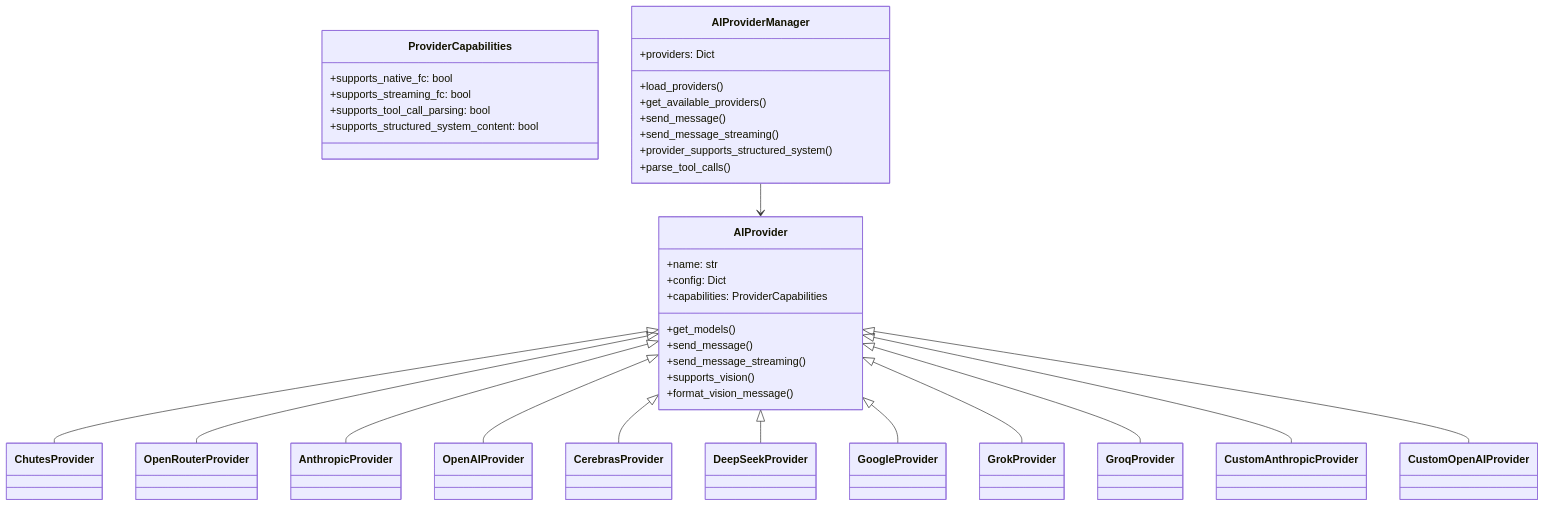
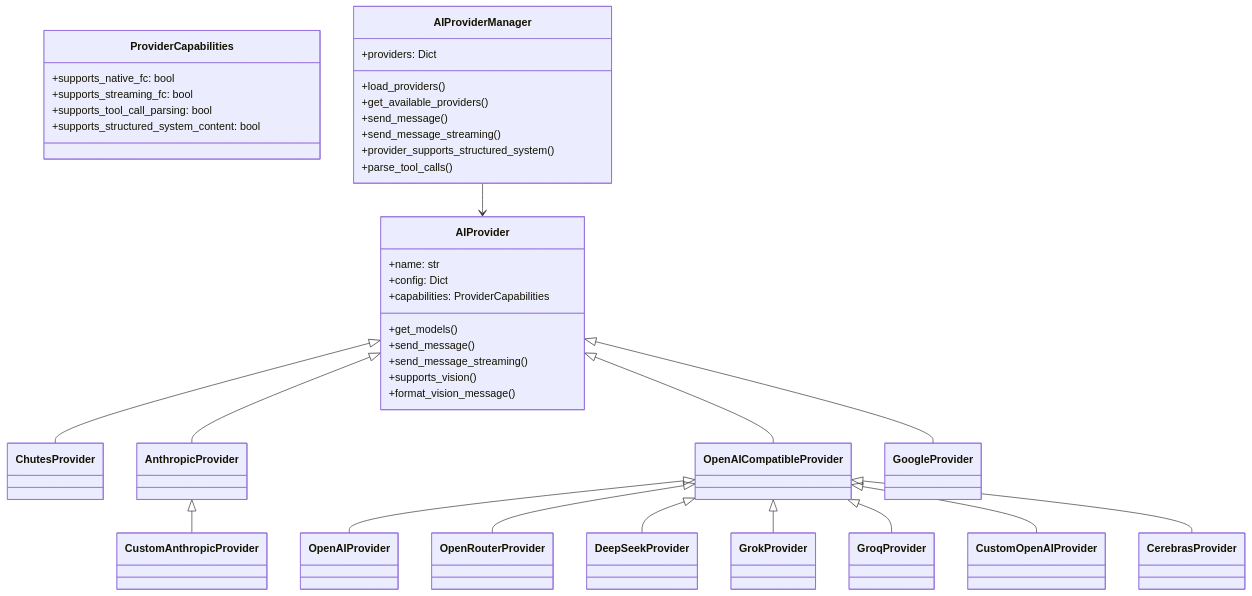
Before and after one commit to icedeyes12/yuzu-core: the second of 6 diagrams in app/README.md, drawn with Mermaid. The commit also changed 12 other files, not shown here.

````diff
--- a/app/README.md
+++ b/app/README.md
@@ -171,43 +171,44 @@
 ```mermaid
 classDiagram
     class AIProvider {
         +name: str
         +config: Dict
         +capabilities: ProviderCapabilities
         +get_models()
         +send_message()
         +send_message_streaming()
         +supports_vision()
         +format_vision_message()
     }
 
     class ProviderCapabilities {
         +supports_native_fc: bool
         +supports_streaming_fc: bool
         +supports_tool_call_parsing: bool
         +supports_structured_system_content: bool
     }
 
     class AIProviderManager {
         +providers: Dict
         +load_providers()
         +get_available_providers()
         +send_message()
         +send_message_streaming()
         +provider_supports_structured_system()
         +parse_tool_calls()
     }
 
     AIProvider <|-- ChutesProvider
-    AIProvider <|-- OpenRouterProvider
     AIProvider <|-- AnthropicProvider
-    AIProvider <|-- OpenAIProvider
-    AIProvider <|-- CerebrasProvider
-    AIProvider <|-- DeepSeekProvider
+    AnthropicProvider <|-- CustomAnthropicProvider
+    AIProvider <|-- OpenAICompatibleProvider
+    OpenAICompatibleProvider <|-- OpenAIProvider
+    OpenAICompatibleProvider <|-- OpenRouterProvider
+    OpenAICompatibleProvider <|-- DeepSeekProvider
+    OpenAICompatibleProvider <|-- GrokProvider
+    OpenAICompatibleProvider <|-- GroqProvider
+    OpenAICompatibleProvider <|-- CustomOpenAIProvider
+    OpenAICompatibleProvider <|-- CerebrasProvider
     AIProvider <|-- GoogleProvider
-    AIProvider <|-- GrokProvider
-    AIProvider <|-- GroqProvider
-    AIProvider <|-- CustomAnthropicProvider
-    AIProvider <|-- CustomOpenAIProvider
     AIProviderManager --> AIProvider
 ```
````
